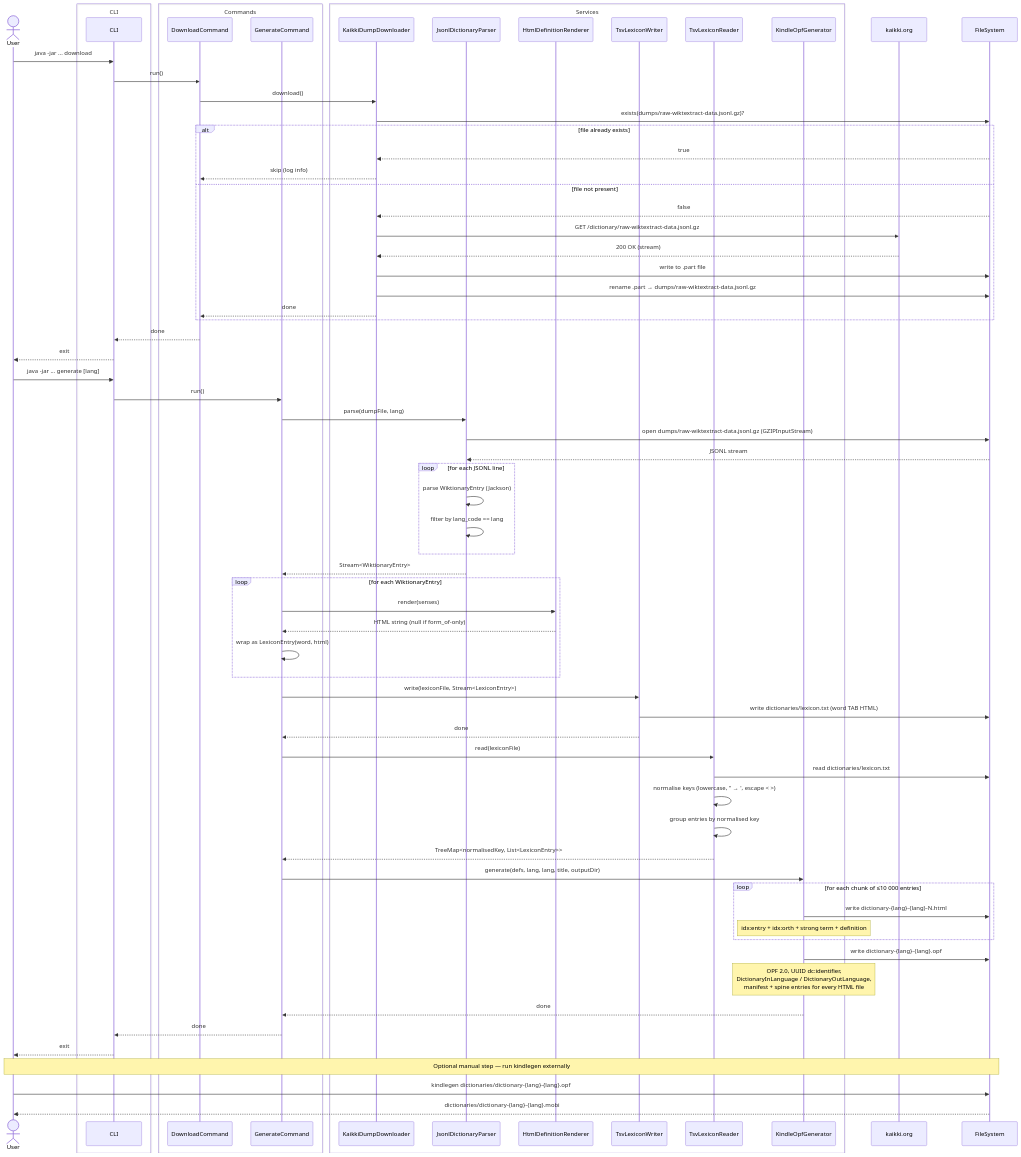
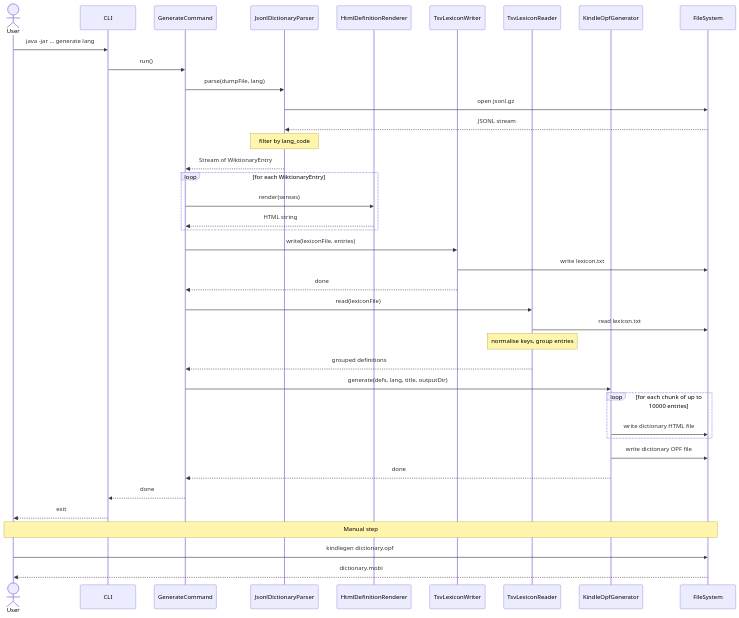
One commit to nyg/wiktionary-to-kindle changed the second of 2 diagrams in docs/program-flow.md. Above: the diagram before and after it, drawn with Mermaid.

Commit message:
docs: fix Mermaid diagram syntax in program-flow (#39)

````diff
--- a/docs/program-flow.md
+++ b/docs/program-flow.md
@@ -3,98 +37,50 @@
 ```mermaid
 sequenceDiagram
     actor User
-
-    box CLI
-        participant CLI
-    end
-
-    box Commands
-        participant DownloadCommand
-        participant GenerateCommand
-    end
-
-    box Services
-        participant KaikkiDumpDownloader
-        participant JsonlDictionaryParser
-        participant HtmlDefinitionRenderer
-        participant TsvLexiconWriter
-        participant TsvLexiconReader
-        participant KindleOpfGenerator
-    end
-
-    participant kaikki.org
+    participant CLI
+    participant GenerateCommand
+    participant JsonlDictionaryParser
+    participant HtmlDefinitionRenderer
+    participant TsvLexiconWriter
+    participant TsvLexiconReader
+    participant KindleOpfGenerator
     participant FileSystem
 
-    %% ── download command ──────────────────────────────────────────────────────
-    User->>CLI: java -jar ... download
-
-    CLI->>DownloadCommand: run()
-    DownloadCommand->>KaikkiDumpDownloader: download()
-    KaikkiDumpDownloader->>FileSystem: exists(dumps/raw-wiktextract-data.jsonl.gz)?
-
-    alt file already exists
-        FileSystem-->>KaikkiDumpDownloader: true
-        KaikkiDumpDownloader-->>DownloadCommand: skip (log info)
-    else file not present
-        FileSystem-->>KaikkiDumpDownloader: false
-        KaikkiDumpDownloader->>kaikki.org: GET /dictionary/raw-wiktextract-data.jsonl.gz
-        kaikki.org-->>KaikkiDumpDownloader: 200 OK (stream)
-        KaikkiDumpDownloader->>FileSystem: write to .part file
-        KaikkiDumpDownloader->>FileSystem: rename .part → dumps/raw-wiktextract-data.jsonl.gz
-        KaikkiDumpDownloader-->>DownloadCommand: done
-    end
-
-    DownloadCommand-->>CLI: done
-    CLI-->>User: exit
-
-    %% ── generate command ──────────────────────────────────────────────────────
-    User->>CLI: java -jar ... generate [lang]
-
+    User->>CLI: java -jar ... generate lang
     CLI->>GenerateCommand: run()
 
     GenerateCommand->>JsonlDictionaryParser: parse(dumpFile, lang)
-    JsonlDictionaryParser->>FileSystem: open dumps/raw-wiktextract-data.jsonl.gz (GZIPInputStream)
+    JsonlDictionaryParser->>FileSystem: open jsonl.gz
     FileSystem-->>JsonlDictionaryParser: JSONL stream
-
-    loop for each JSONL line
-        JsonlDictionaryParser->>JsonlDictionaryParser: parse WiktionaryEntry (Jackson)
-        JsonlDictionaryParser->>JsonlDictionaryParser: filter by lang_code == lang
-    end
-
-    JsonlDictionaryParser-->>GenerateCommand: Stream<WiktionaryEntry>
+    Note over JsonlDictionaryParser: filter by lang_code
+    JsonlDictionaryParser-->>GenerateCommand: Stream of WiktionaryEntry
 
     loop for each WiktionaryEntry
         GenerateCommand->>HtmlDefinitionRenderer: render(senses)
-        HtmlDefinitionRenderer-->>GenerateCommand: HTML string (null if form_of-only)
-        GenerateCommand->>GenerateCommand: wrap as LexiconEntry(word, html)
+        HtmlDefinitionRenderer-->>GenerateCommand: HTML string
     end
 
-    GenerateCommand->>TsvLexiconWriter: write(lexiconFile, Stream<LexiconEntry>)
-    TsvLexiconWriter->>FileSystem: write dictionaries/lexicon.txt (word TAB HTML)
+    GenerateCommand->>TsvLexiconWriter: write(lexiconFile, entries)
+    TsvLexiconWriter->>FileSystem: write lexicon.txt
     TsvLexiconWriter-->>GenerateCommand: done
 
     GenerateCommand->>TsvLexiconReader: read(lexiconFile)
-    TsvLexiconReader->>FileSystem: read dictionaries/lexicon.txt
-    TsvLexiconReader->>TsvLexiconReader: normalise keys (lowercase, " → ', escape < >)
-    TsvLexiconReader->>TsvLexiconReader: group entries by normalised key
-    TsvLexiconReader-->>GenerateCommand: TreeMap<normalisedKey, List<LexiconEntry>>
+    TsvLexiconReader->>FileSystem: read lexicon.txt
+    Note over TsvLexiconReader: normalise keys, group entries
+    TsvLexiconReader-->>GenerateCommand: grouped definitions
 
-    GenerateCommand->>KindleOpfGenerator: generate(defs, lang, lang, title, outputDir)
+    GenerateCommand->>KindleOpfGenerator: generate(defs, lang, title, outputDir)
 
-    loop for each chunk of ≤10 000 entries
-        KindleOpfGenerator->>FileSystem: write dictionary-{lang}-{lang}-N.html
-        Note over KindleOpfGenerator: idx:entry + idx:orth + strong term + definition
+    loop for each chunk of up to 10000 entries
+        KindleOpfGenerator->>FileSystem: write dictionary HTML file
     end
 
-    KindleOpfGenerator->>FileSystem: write dictionary-{lang}-{lang}.opf
-    Note over KindleOpfGenerator: OPF 2.0, UUID dc:identifier,<br/>DictionaryInLanguage / DictionaryOutLanguage,<br/>manifest + spine entries for every HTML file
-
+    KindleOpfGenerator->>FileSystem: write dictionary OPF file
     KindleOpfGenerator-->>GenerateCommand: done
     GenerateCommand-->>CLI: done
     CLI-->>User: exit
 
-    %% ── kindlegen (manual step) ───────────────────────────────────────────────
-    Note over User,FileSystem: Optional manual step — run kindlegen externally
-    User->>FileSystem: kindlegen dictionaries/dictionary-{lang}-{lang}.opf
-    FileSystem-->>User: dictionaries/dictionary-{lang}-{lang}.mobi
+    Note over User,FileSystem: Manual step
+    User->>FileSystem: kindlegen dictionary.opf
+    FileSystem-->>User: dictionary.mobi
 ```
````
